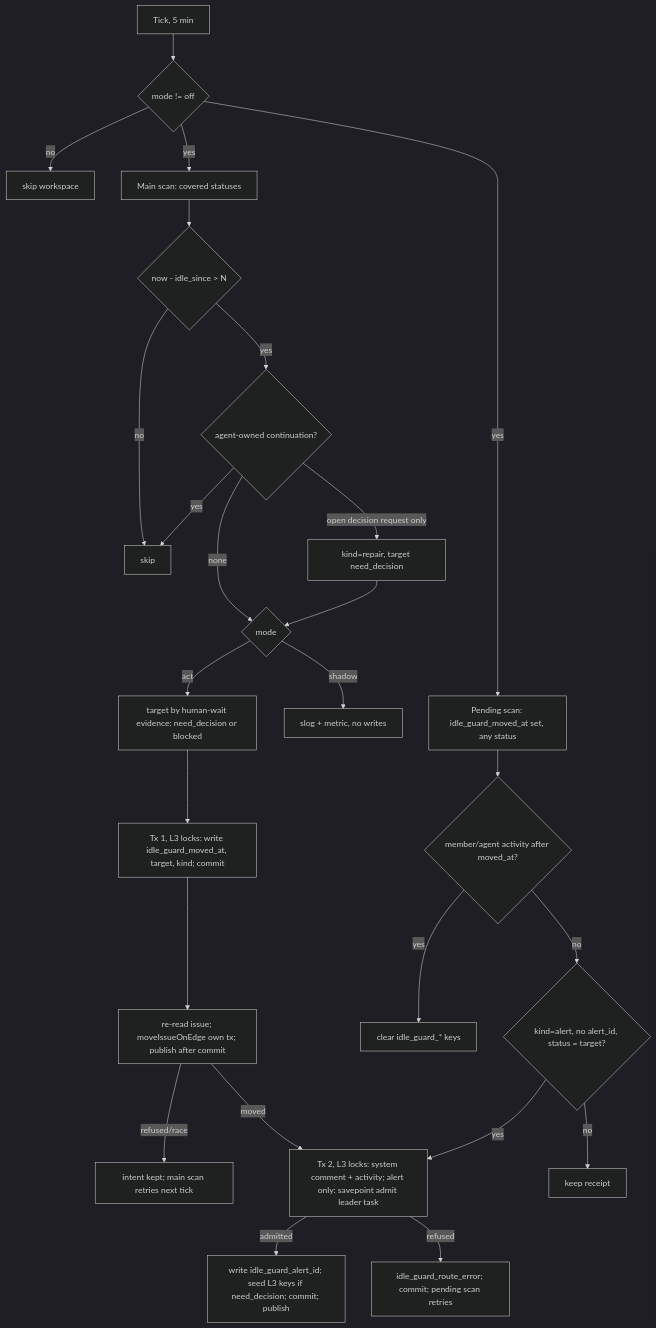
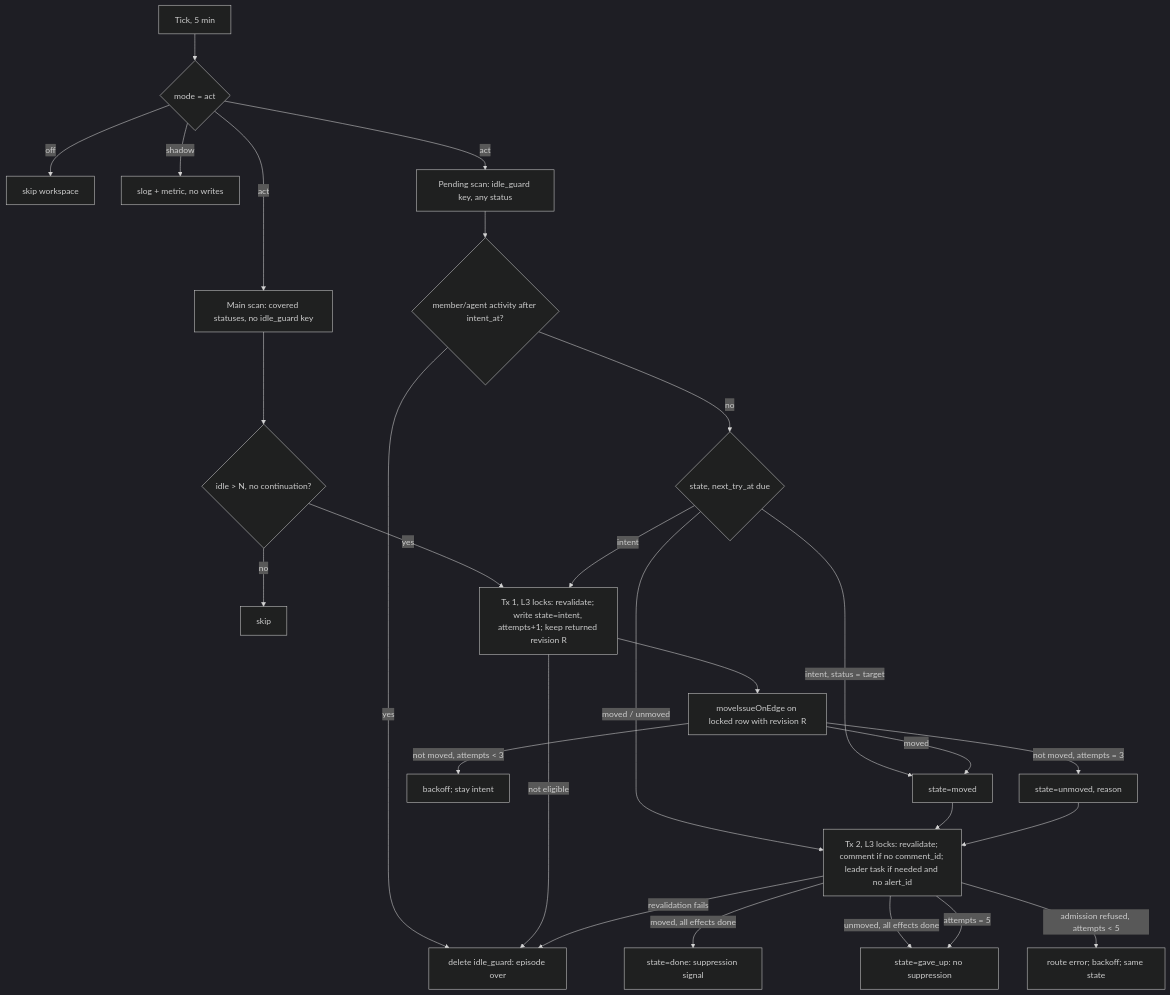
The diagram in docs/plans/CHE-2609-idle-started-issue-guard.md (cheese-work/multica), drawn with Mermaid (dark theme) before and after one commit. The commit also changed other lines of this file, not shown here.

Commit message:
docs(plans): idle guard state machine, revision boundary, comment receipt

````diff
--- a/docs/plans/CHE-2609-idle-started-issue-guard.md
+++ b/docs/plans/CHE-2609-idle-started-issue-guard.md
@@ -49,27 +50,29 @@
 ```mermaid
 flowchart TD
-  A[Tick, 5 min] --> B{mode != off}
-  B -- no --> Z[skip workspace]
-  B -- yes --> C[Main scan: covered statuses]
-  B -- yes --> PS[Pending scan: idle_guard_moved_at set, any status]
-  C --> D{now - idle_since > N}
-  D -- no --> Z2[skip]
-  D -- yes --> E{agent-owned continuation?}
-  E -- yes --> Z2
-  E -- "open decision request only" --> RP[kind=repair, target need_decision]
-  E -- none --> G{mode}
-  RP --> G
-  G -- shadow --> H[slog + metric, no writes]
-  G -- act --> I[target by human-wait evidence: need_decision or blocked]
-  I --> T1[Tx 1, L3 locks: write idle_guard_moved_at, target, kind; commit]
-  T1 --> MV[re-read issue; moveIssueOnEdge own tx; publish after commit]
-  MV -- refused/race --> Z4[intent kept; main scan retries next tick]
-  MV -- moved --> T2
-  PS --> RS{member/agent activity after moved_at?}
-  RS -- yes --> CL[clear idle_guard_* keys]
-  RS -- no --> PA{kind=alert, no alert_id, status = target?}
-  PA -- yes --> T2[Tx 2, L3 locks: system comment + activity; alert only: savepoint admit leader task]
-  PA -- no --> Z5[keep receipt]
-  T2 -- admitted --> O[write idle_guard_alert_id; seed L3 keys if need_decision; commit; publish]
-  T2 -- refused --> R[idle_guard_route_error; commit; pending scan retries]
+  A[Tick, 5 min] --> B{mode = act}
+  B -- off --> Z0[skip workspace]
+  B -- shadow --> SH[slog + metric, no writes]
+  B -- act --> C[Main scan: covered statuses, no idle_guard key]
+  B -- act --> PS[Pending scan: idle_guard key, any status]
+  C --> E{idle > N, no continuation?}
+  E -- no --> Z[skip]
+  E -- yes --> T1
+  PS --> RS{member/agent activity after intent_at?}
+  RS -- yes --> CL[delete idle_guard: episode over]
+  RS -- no --> ST{state, next_try_at due}
+  ST -- "intent, status = target" --> MO
+  ST -- intent --> T1[Tx 1, L3 locks: revalidate; write state=intent, attempts+1; keep returned revision R]
+  T1 -- not eligible --> CL
+  T1 --> MV[moveIssueOnEdge on locked row with revision R]
+  MV -- moved --> MO[state=moved]
+  MV -- "not moved, attempts < 3" --> BO[backoff; stay intent]
+  MV -- "not moved, attempts = 3" --> UM[state=unmoved, reason]
+  ST -- "moved / unmoved" --> T2[Tx 2, L3 locks: revalidate; comment if no comment_id; leader task if needed and no alert_id]
+  MO --> T2
+  UM --> T2
+  T2 -- "moved, all effects done" --> DN[state=done: suppression signal]
+  T2 -- "unmoved, all effects done" --> GU[state=gave_up: no suppression]
+  T2 -- "admission refused, attempts < 5" --> BO2[route error; backoff; same state]
+  T2 -- "attempts = 5" --> GU
+  T2 -- revalidation fails --> CL
 ```
````
